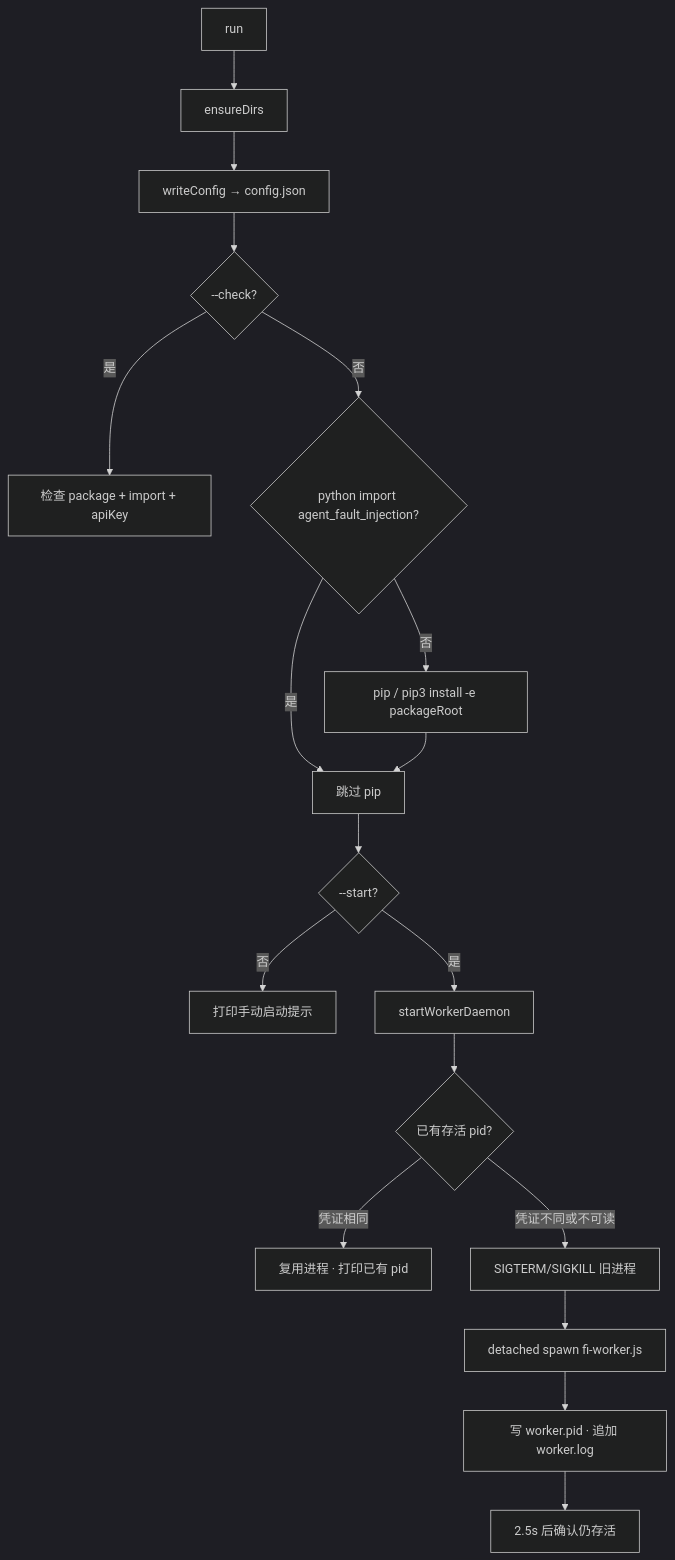
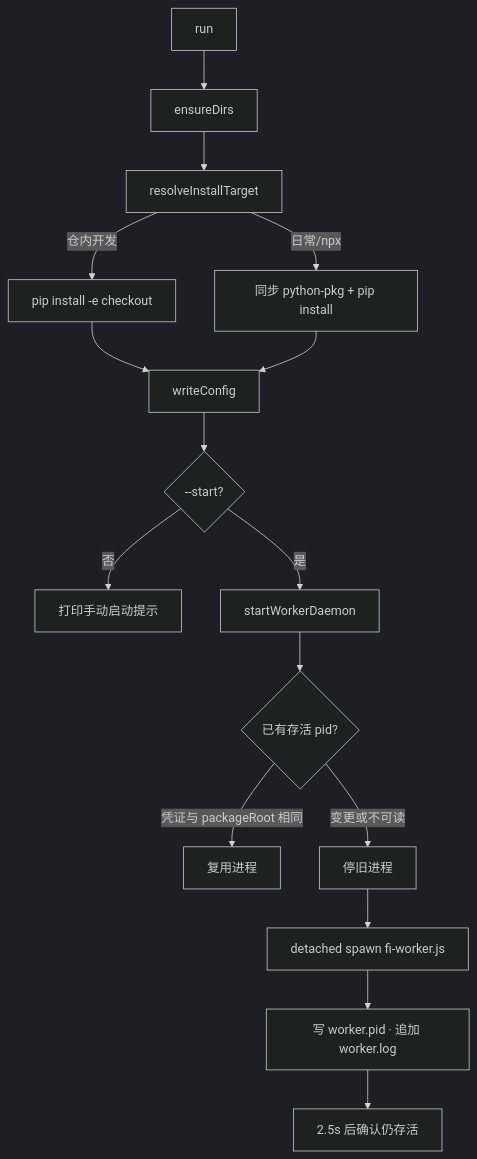
The third of 5 diagrams in docs/agent-fault-injection/guides/local-install-process.md (openeuler-mirror/agent-insight), drawn with Mermaid (dark theme) before and after one commit. The commit also changed other lines of this file and 4 other files, not shown here.

First line of the commit message:
fix(fi): 稳定安装 FI Worker，避免 packageRoot 失效误报 ENOENT

````diff
--- a/docs/agent-fault-injection/guides/local-install-process.md
+++ b/docs/agent-fault-injection/guides/local-install-process.md
@@ -144,20 +154,18 @@
 ```mermaid
 flowchart TD
   A[run] --> B[ensureDirs]
-  B --> C[writeConfig → config.json]
-  C --> D{--check?}
-  D -->|是| E[检查 package + import + apiKey]
-  D -->|否| F{python import agent_fault_injection?}
-  F -->|否| G[pip / pip3 install -e packageRoot]
-  F -->|是| H[跳过 pip]
-  G --> H
-  H --> I{--start?}
-  I -->|否| J[打印手动启动提示]
-  I -->|是| K[startWorkerDaemon]
-  K --> L{已有存活 pid?}
-  L -->|凭证相同| M[复用进程 · 打印已有 pid]
-  L -->|凭证不同或不可读| N[SIGTERM/SIGKILL 旧进程]
-  N --> O[detached spawn fi-worker.js]
-  O --> P[写 worker.pid · 追加 worker.log]
-  P --> Q[2.5s 后确认仍存活]
+  B --> C[resolveInstallTarget]
+  C -->|仓内开发| D[pip install -e checkout]
+  C -->|日常/npx| E[同步 python-pkg + pip install]
+  D --> F[writeConfig]
+  E --> F
+  F --> G{--start?}
+  G -->|否| H[打印手动启动提示]
+  G -->|是| I[startWorkerDaemon]
+  I --> J{已有存活 pid?}
+  J -->|凭证与 packageRoot 相同| K[复用进程]
+  J -->|变更或不可读| L[停旧进程]
+  L --> M[detached spawn fi-worker.js]
+  M --> N[写 worker.pid · 追加 worker.log]
+  N --> O[2.5s 后确认仍存活]
 ```
````
